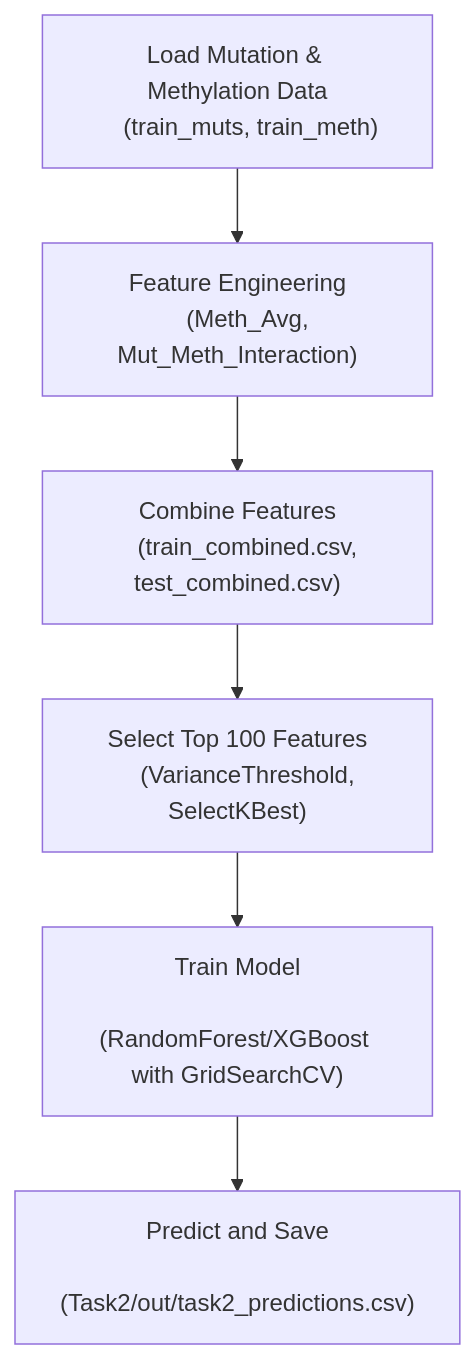
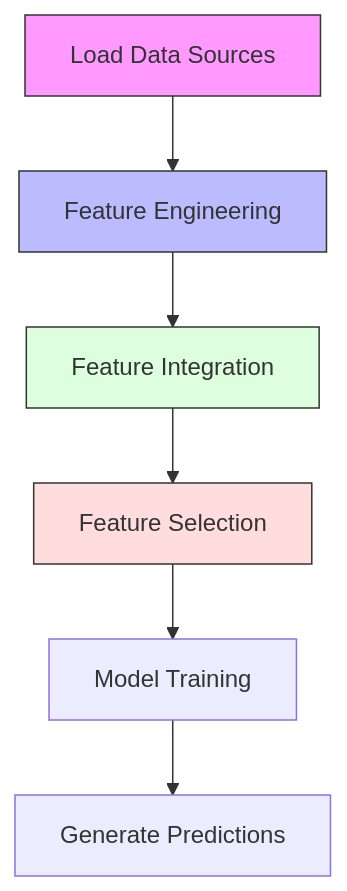
One commit to 0PeterAdel/Computational-Genomics changed the second of 2 diagrams in Report.md. Above: the diagram before and after it, drawn with Mermaid. The commit also changed other lines of this file and 7 other files, not shown here.

````diff
--- a/Report.md
+++ b/Report.md
@@ -79,14 +140,13 @@
 ```mermaid
 graph TD
-    A["Load Mutation & Methylation Data
-    (train_muts, train_meth)"] --> B["Feature Engineering
-    (Meth_Avg, Mut_Meth_Interaction)"]
-    B --> C["Combine Features
-    (train_combined.csv, test_combined.csv)"]
-    C --> D["Select Top 100 Features
-    (VarianceThreshold, SelectKBest)"]
-    D --> E["Train Model
-    (RandomForest/XGBoost with GridSearchCV)"]
-    E --> F["Predict and Save
-    (Task2/out/task2_predictions.csv)"]
+    A[Load Data Sources] --> B[Feature Engineering]
+    B --> C[Feature Integration]
+    C --> D[Feature Selection]
+    D --> E[Model Training]
+    E --> F[Generate Predictions]
+
+    style A fill:#f9f,stroke:#333
+    style B fill:#bbf,stroke:#333
+    style C fill:#dfd,stroke:#333
+    style D fill:#fdd,stroke:#333
 ```
````
